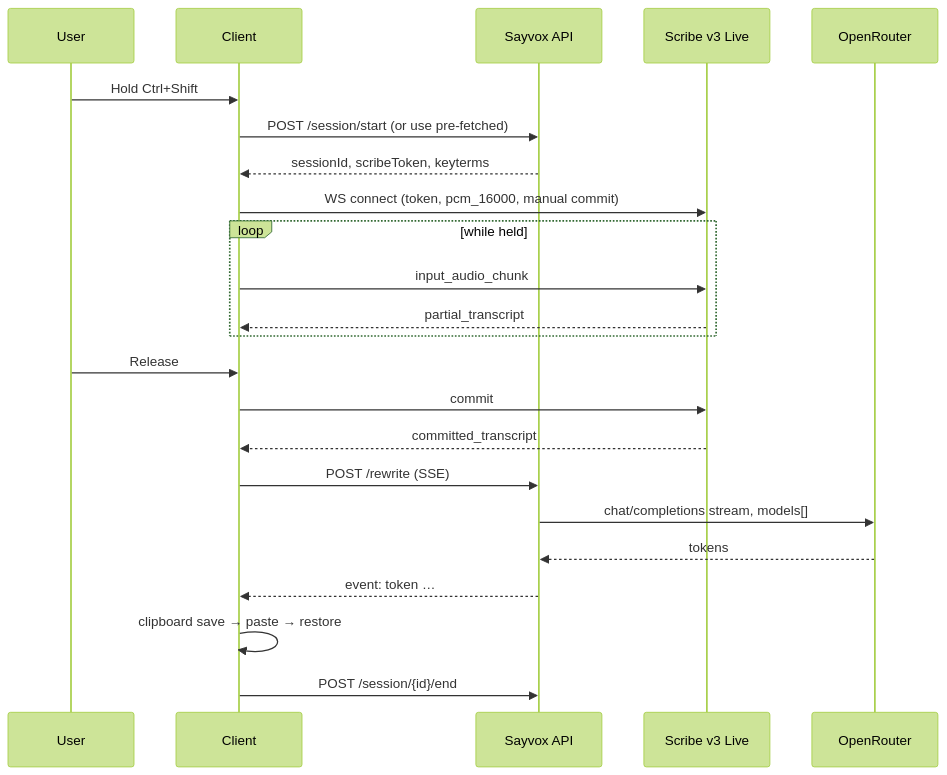
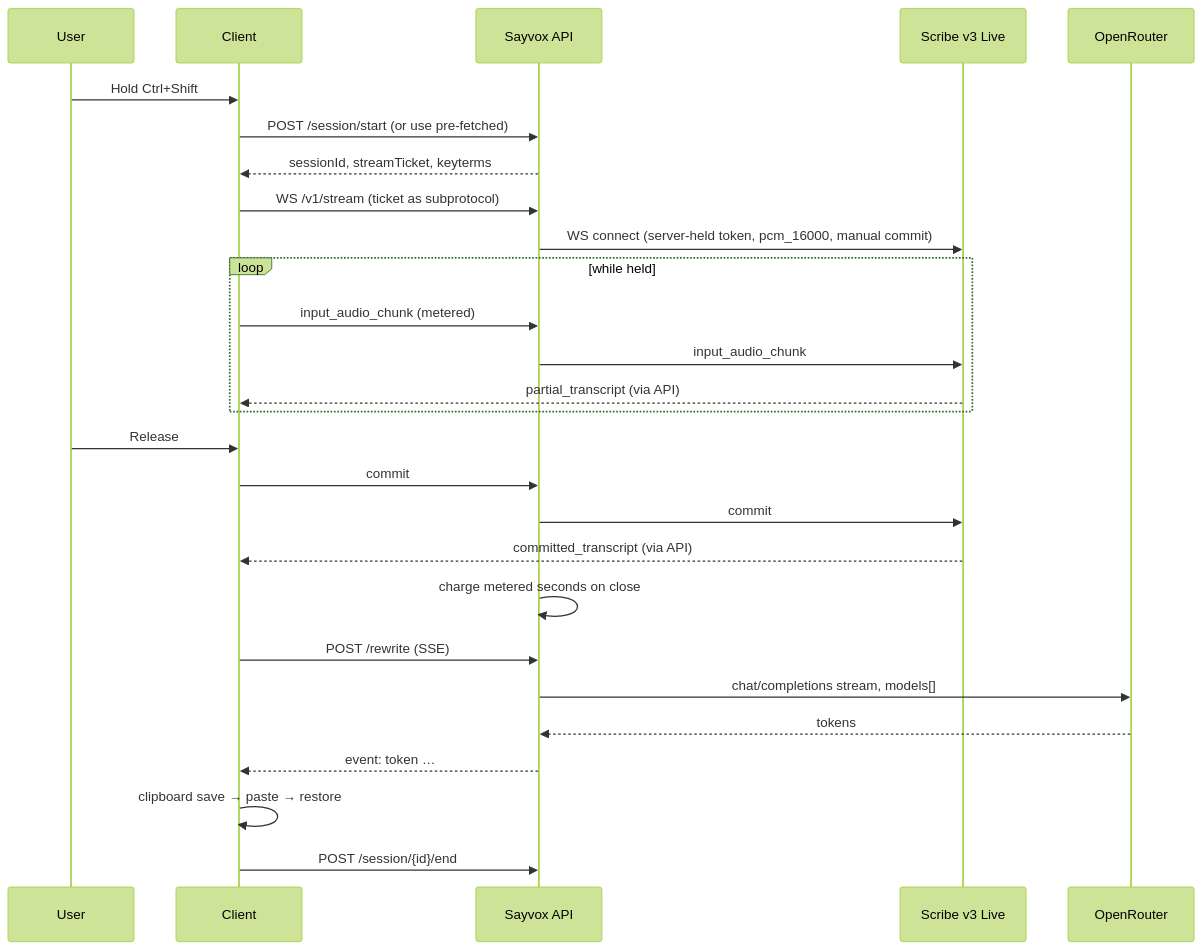
The second of 2 diagrams in docs/architecture.md (nandhinibabu211-ops/Sayvox), drawn with Mermaid (forest theme) before and after one commit. The commit also changed other lines of this file and 47 other files, not shown here.

First line of the commit message:
Meter audio through an API proxy so quota can't be bypassed (SEC-03, ADR-011)

````diff
--- a/docs/architecture.md
+++ b/docs/architecture.md
@@ -197,25 +197,29 @@
 ```mermaid
 sequenceDiagram
   participant U as User
   participant C as Client
   participant API as Sayvox API
   participant EL as Scribe v3 Live
   participant OR as OpenRouter
   U->>C: Hold Ctrl+Shift
   C->>API: POST /session/start (or use pre-fetched)
-  API-->>C: sessionId, scribeToken, keyterms
-  C->>EL: WS connect (token, pcm_16000, manual commit)
+  API-->>C: sessionId, streamTicket, keyterms
+  C->>API: WS /v1/stream (ticket as subprotocol)
+  API->>EL: WS connect (server-held token, pcm_16000, manual commit)
   loop while held
-    C->>EL: input_audio_chunk
-    EL-->>C: partial_transcript
+    C->>API: input_audio_chunk (metered)
+    API->>EL: input_audio_chunk
+    EL-->>C: partial_transcript (via API)
   end
   U->>C: Release
-  C->>EL: commit
-  EL-->>C: committed_transcript
+  C->>API: commit
+  API->>EL: commit
+  EL-->>C: committed_transcript (via API)
+  API->>API: charge metered seconds on close
   C->>API: POST /rewrite (SSE)
   API->>OR: chat/completions stream, models[]
   OR-->>API: tokens
   API-->>C: event: token …
   C->>C: clipboard save → paste → restore
   C->>API: POST /session/{id}/end
 ```
````
